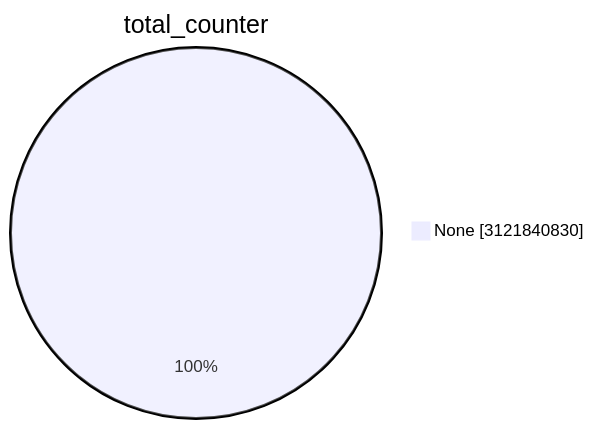
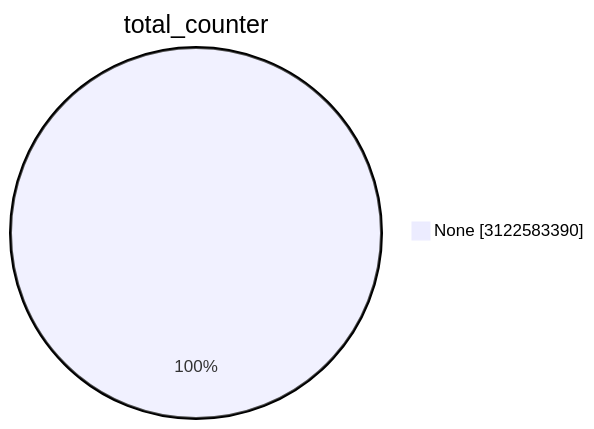
One commit to christiankrug/ctmonitor_visualization changed the first of 15 diagrams in TOTAL/README.md. Above: the diagram before and after it, drawn with Mermaid. The commit also changed other lines of this file, not shown here.

````diff
--- a/TOTAL/README.md
+++ b/TOTAL/README.md
@@ -1,5 +1,5 @@
 ```mermaid
 pie showData
 title total_counter
-"None" :3121840830
+"None" :3122583390
 ```
````
